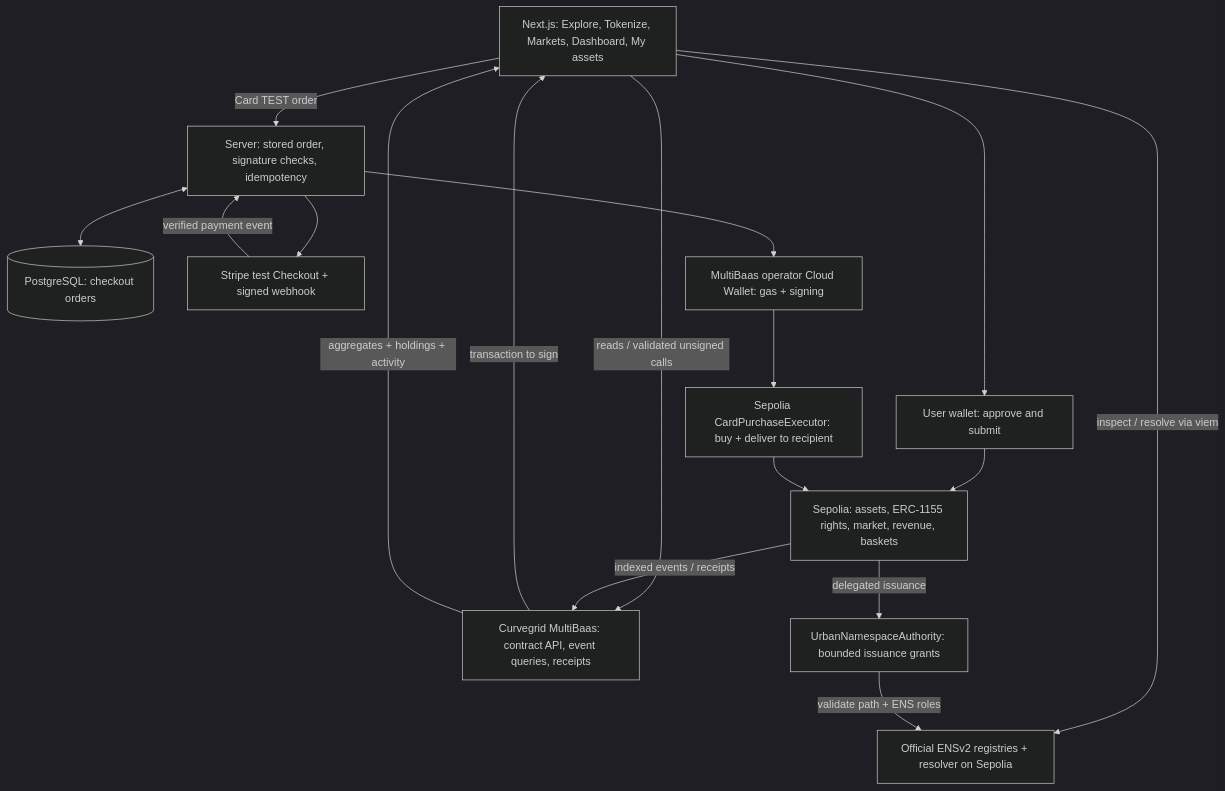
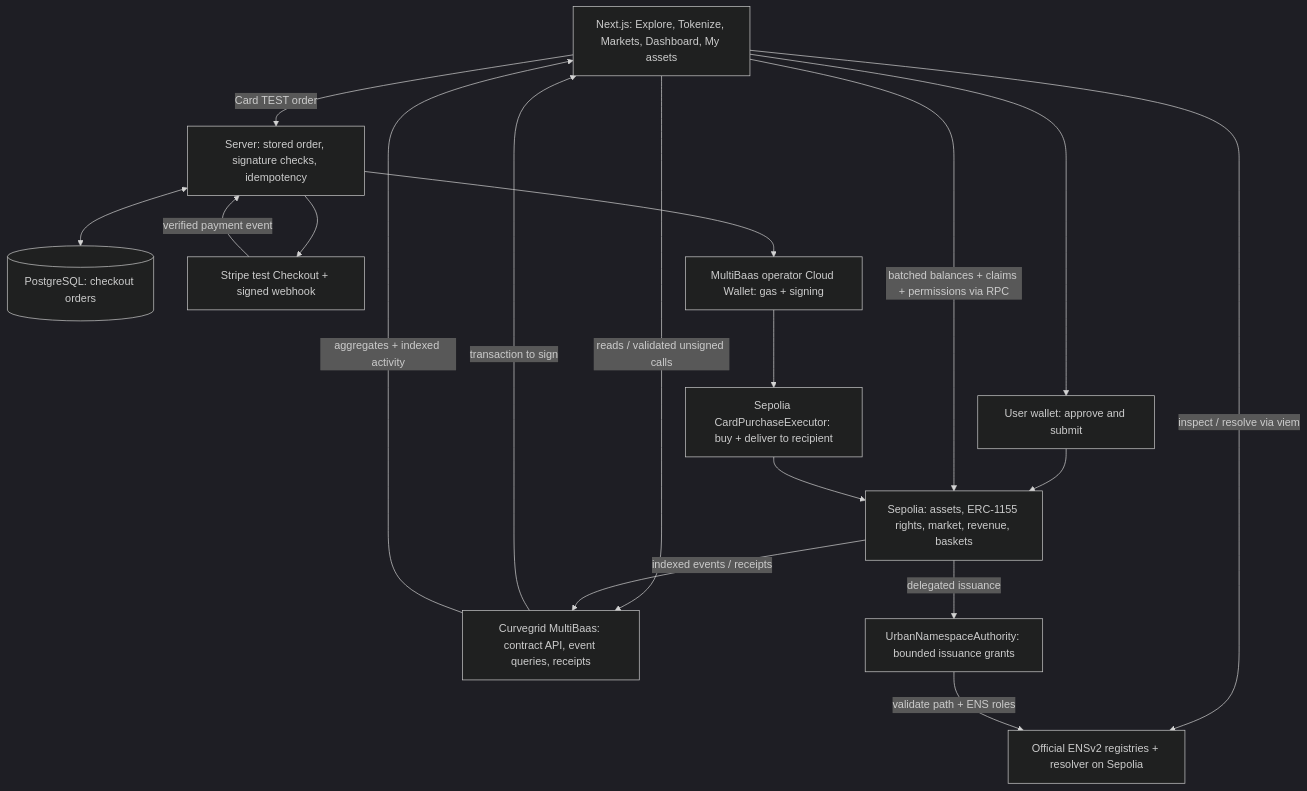
Before and after one commit to natsukingly/tokenize-tokyo: the diagram in README.md, drawn with Mermaid (dark theme). The commit also changed other lines of this file and 9 other files, not shown here.

````diff
--- a/README.md
+++ b/README.md
@@ -122,28 +122,29 @@
 ```mermaid
 flowchart TD
     UI["Next.js: Explore, Tokenize, Markets, Dashboard, My assets"]
     MB["Curvegrid MultiBaas: contract API, event queries, receipts"]
     WALLET["User wallet: approve and submit"]
     CORE["Sepolia: assets, ERC-1155 rights, market, revenue, baskets"]
     SERVER["Server: stored order, signature checks, idempotency"]
     DB[("PostgreSQL: checkout orders")]
     STRIPE["Stripe test Checkout + signed webhook"]
     CLOUD["MultiBaas operator Cloud Wallet: gas + signing"]
     CARD["Sepolia CardPurchaseExecutor: buy + deliver to recipient"]
     ENS["Official ENSv2 registries + resolver on Sepolia"]
     AUTH["UrbanNamespaceAuthority: bounded issuance grants"]
 
     UI -->|"reads / validated unsigned calls"| MB
     MB -->|"transaction to sign"| UI
     UI --> WALLET --> CORE
     CORE -->|"indexed events / receipts"| MB
-    MB -->|"aggregates + holdings + activity"| UI
+    MB -->|"aggregates + indexed activity"| UI
+    UI -->|"batched balances + claims + permissions via RPC"| CORE
     UI -->|"Card TEST order"| SERVER
     SERVER <--> DB
     SERVER --> STRIPE
     STRIPE -->|"verified payment event"| SERVER
     SERVER --> CLOUD --> CARD --> CORE
     UI -->|"inspect / resolve via viem"| ENS
     CORE -->|"delegated issuance"| AUTH
     AUTH -->|"validate path + ENS roles"| ENS
 ```
````
